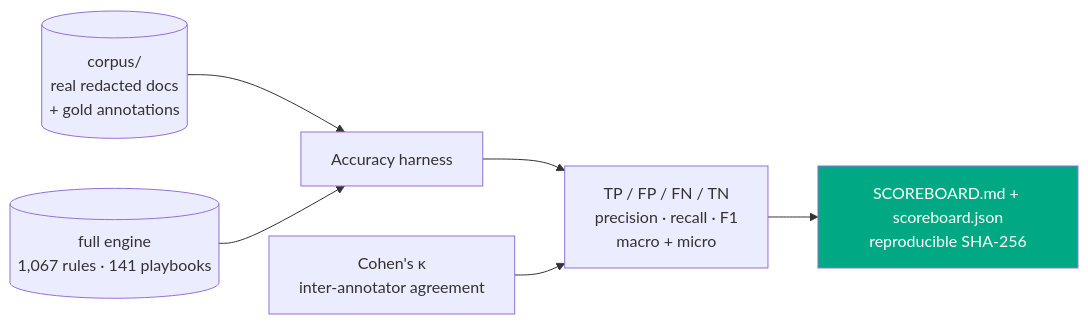
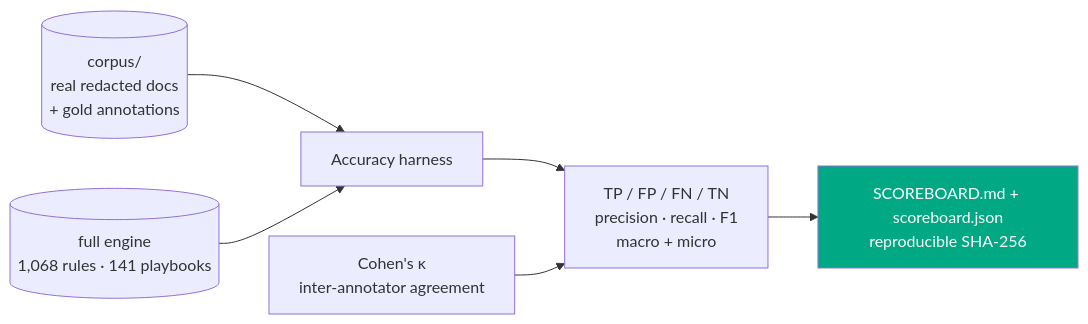
One commit to clay-good/vaulytica changed the seventh of 11 diagrams in README.md. Above: the diagram before and after it, drawn with Mermaid. The commit also changed other lines of this file and 363 other files, not shown here.

````diff
--- a/README.md
+++ b/README.md
@@ -1204,9 +1204,9 @@
 ```mermaid
 flowchart LR
   C[(corpus/<br/>real redacted docs<br/>+ gold annotations)] --> H[Accuracy harness]
-  R[(full engine<br/>1,067 rules · 141 playbooks)] --> H
+  R[(full engine<br/>1,068 rules · 141 playbooks)] --> H
   H --> M[TP / FP / FN / TN<br/>precision · recall · F1<br/>macro + micro]
   M --> S[SCOREBOARD.md + scoreboard.json<br/>reproducible SHA-256]
   K[Cohen's κ<br/>inter-annotator agreement] --> M
   style S fill:#00A883,color:#fff
 ```
````
